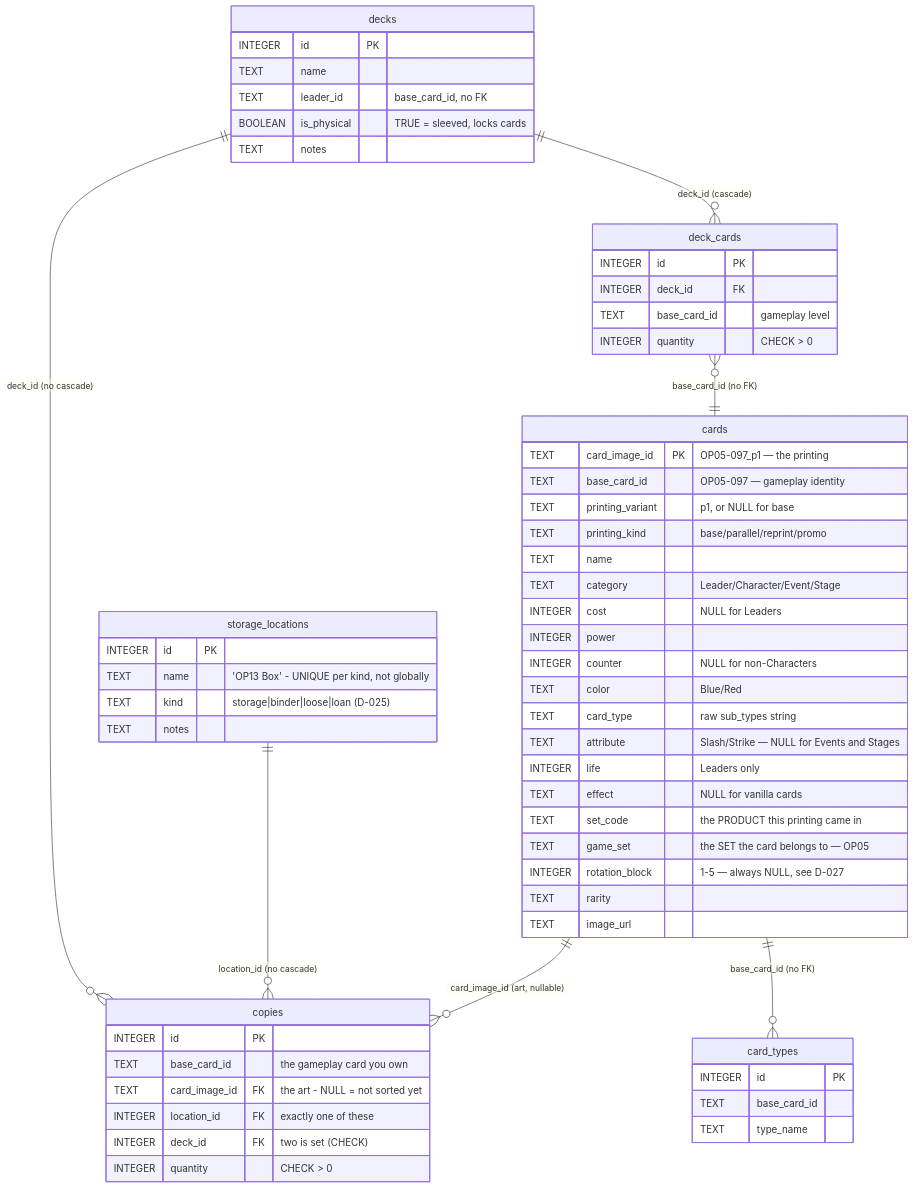
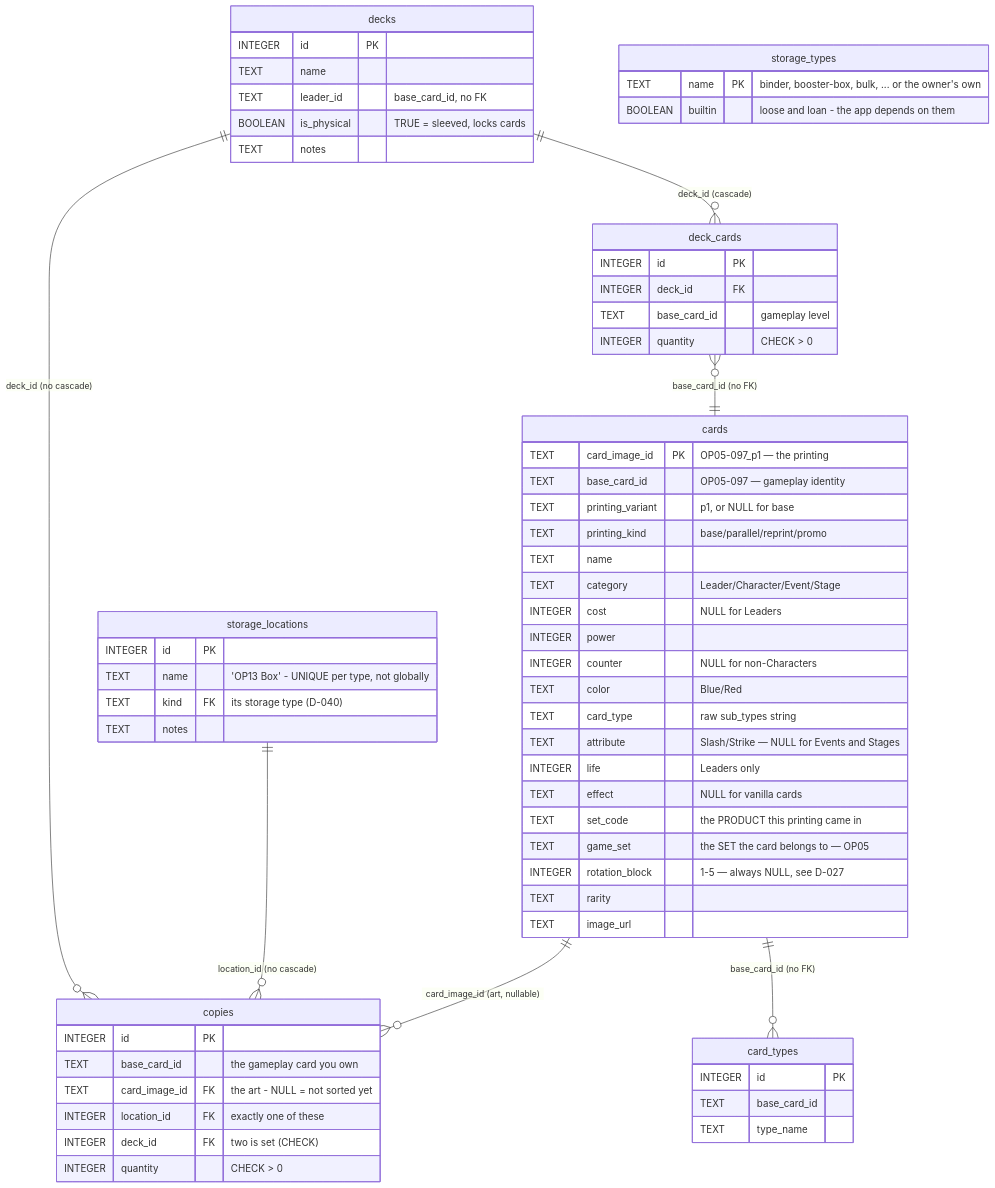
One commit to ThePowerofD/onepiece-card-keeper changed the first of 2 diagrams in DESIGN.md. Above: the diagram before and after it, drawn with Mermaid. The commit also changed other lines of this file and 11 other files, not shown here.

Commit message:
Rename location to storage with custom storage types

````diff
--- a/DESIGN.md
+++ b/DESIGN.md
@@ -129,63 +129,67 @@
 ```mermaid
 erDiagram
     cards ||--o{ copies : "card_image_id (art, nullable)"
     cards ||--o{ card_types : "base_card_id (no FK)"
     storage_locations ||--o{ copies : "location_id (no cascade)"
     decks ||--o{ copies : "deck_id (no cascade)"
     decks ||--o{ deck_cards : "deck_id (cascade)"
     deck_cards }o--|| cards : "base_card_id (no FK)"
 
     cards {
         TEXT card_image_id PK "OP05-097_p1 — the printing"
         TEXT base_card_id "OP05-097 — gameplay identity"
         TEXT printing_variant "p1, or NULL for base"
         TEXT printing_kind "base/parallel/reprint/promo"
         TEXT name
         TEXT category "Leader/Character/Event/Stage"
         INTEGER cost "NULL for Leaders"
         INTEGER power
         INTEGER counter "NULL for non-Characters"
         TEXT color "Blue/Red"
         TEXT card_type "raw sub_types string"
         TEXT attribute "Slash/Strike — NULL for Events and Stages"
         INTEGER life "Leaders only"
         TEXT effect "NULL for vanilla cards"
         TEXT set_code "the PRODUCT this printing came in"
         TEXT game_set "the SET the card belongs to — OP05"
         INTEGER rotation_block "1-5 — always NULL, see D-027"
         TEXT rarity
         TEXT image_url
     }
     copies {
         INTEGER id PK
         TEXT base_card_id "the gameplay card you own"
         TEXT card_image_id FK "the art - NULL = not sorted yet"
         INTEGER location_id FK "exactly one of these"
         INTEGER deck_id FK "two is set (CHECK)"
         INTEGER quantity "CHECK > 0"
     }
     storage_locations {
         INTEGER id PK
-        TEXT name "'OP13 Box' - UNIQUE per kind, not globally"
-        TEXT kind "storage|binder|loose|loan (D-025)"
+        TEXT name "'OP13 Box' - UNIQUE per type, not globally"
+        TEXT kind FK "its storage type (D-040)"
         TEXT notes
+    }
+    storage_types {
+        TEXT name PK "binder, booster-box, bulk, ... or the owner's own"
+        BOOLEAN builtin "loose and loan - the app depends on them"
     }
     decks {
         INTEGER id PK
         TEXT name
         TEXT leader_id "base_card_id, no FK"
         BOOLEAN is_physical "TRUE = sleeved, locks cards"
         TEXT notes
     }
     deck_cards {
         INTEGER id PK
         INTEGER deck_id FK
         TEXT base_card_id "gameplay level"
         INTEGER quantity "CHECK > 0"
     }
     card_types {
         INTEGER id PK
         TEXT base_card_id
         TEXT type_name
     }
 ```
````
